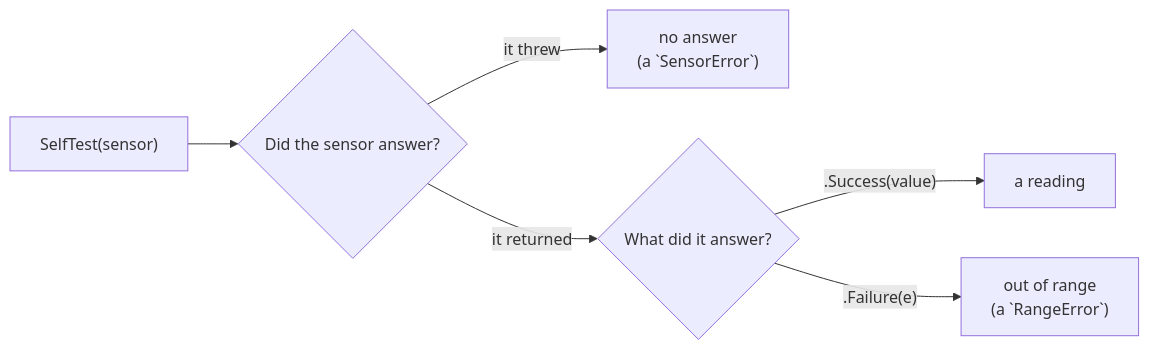
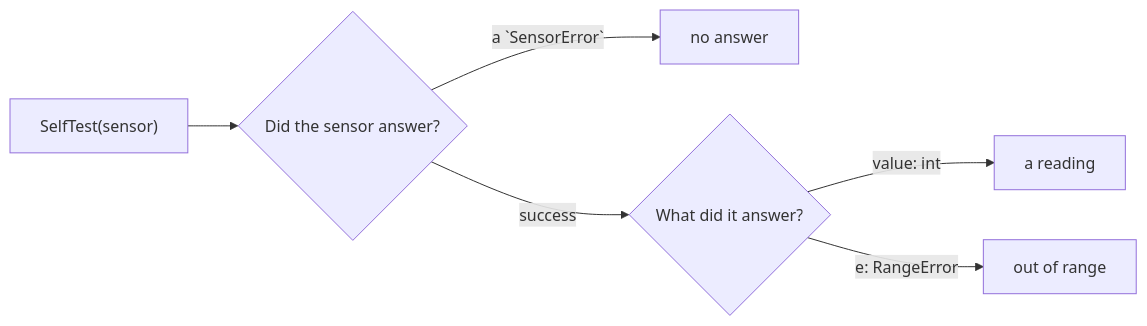
Before and after one commit to rux-lang/Web: the diagram in content/docs/1.learn/09.errors/14.nested-fallible.md, drawn with Mermaid. The commit also changed other lines of this file and 16 other files, not shown here.

````diff
--- a/content/docs/1.learn/09.errors/14.nested-fallible.md
+++ b/content/docs/1.learn/09.errors/14.nested-fallible.md
@@ -79,8 +82,8 @@
 ```mermaid
 flowchart LR
     test["`SelfTest(sensor)`"] --> outer{"Did the sensor answer?"}
-    outer -- "it threw" --> none["no answer<br/>(a `SensorError`)"]
-    outer -- "it returned" --> inner{"What did it answer?"}
-    inner -- "`.Success(value)`" --> ok["a reading"]
-    inner -- "`.Failure(e)`" --> range["out of range<br/>(a `RangeError`)"]
+    outer -- "a `SensorError`" --> none["no answer"]
+    outer -- "success" --> inner{"What did it answer?"}
+    inner -- "`value: int`" --> ok["a reading"]
+    inner -- "`e: RangeError`" --> range["out of range"]
 ```
````
